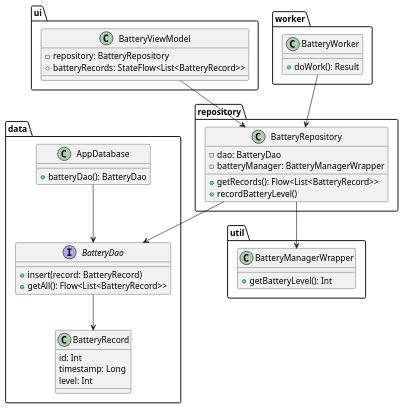
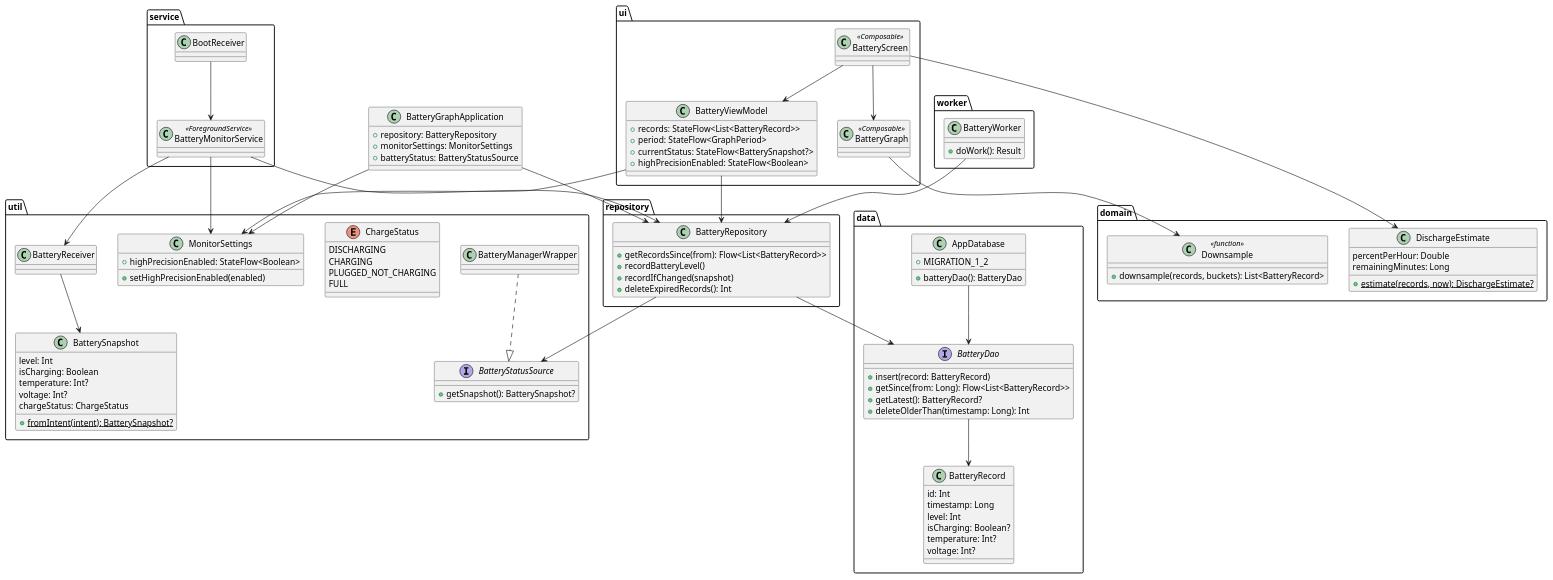
One commit to kmr-gks/Battery-Graph changed the diagram in docs/class.puml. Above: the diagram before and after it, drawn with PlantUML. The commit also changed 2 other files, not shown here.

```diff
--- a/docs/class.puml
+++ b/docs/class.puml
@@ -1,55 +1,120 @@
 @startuml
 
 package data {
   class BatteryRecord {
     id: Int
     timestamp: Long
     level: Int
+    isCharging: Boolean?
+    temperature: Int?
+    voltage: Int?
   }
 
   interface BatteryDao {
     + insert(record: BatteryRecord)
-    + getAll(): Flow<List<BatteryRecord>>
+    + getSince(from: Long): Flow<List<BatteryRecord>>
+    + getLatest(): BatteryRecord?
+    + deleteOlderThan(timestamp: Long): Int
   }
 
   class AppDatabase {
     + batteryDao(): BatteryDao
+    + MIGRATION_1_2
   }
 }
 
 package util {
-  class BatteryManagerWrapper {
-    + getBatteryLevel(): Int
+  interface BatteryStatusSource {
+    + getSnapshot(): BatterySnapshot?
+  }
+  class BatteryManagerWrapper
+  class BatterySnapshot {
+    level: Int
+    isCharging: Boolean
+    temperature: Int?
+    voltage: Int?
+    chargeStatus: ChargeStatus
+    + {static} fromIntent(intent): BatterySnapshot?
+  }
+  enum ChargeStatus {
+    DISCHARGING
+    CHARGING
+    PLUGGED_NOT_CHARGING
+    FULL
+  }
+  class BatteryReceiver
+  class MonitorSettings {
+    + highPrecisionEnabled: StateFlow<Boolean>
+    + setHighPrecisionEnabled(enabled)
   }
 }
 
 package repository {
   class BatteryRepository {
-    - dao: BatteryDao
-    - batteryManager: BatteryManagerWrapper
-    + getRecords(): Flow<List<BatteryRecord>>
+    + getRecordsSince(from): Flow<List<BatteryRecord>>
     + recordBatteryLevel()
+    + recordIfChanged(snapshot)
+    + deleteExpiredRecords(): Int
+  }
+}
+
+package domain {
+  class DischargeEstimate {
+    percentPerHour: Double
+    remainingMinutes: Long
+    + {static} estimate(records, now): DischargeEstimate?
+  }
+  class Downsample <<function>> {
+    + downsample(records, buckets): List<BatteryRecord>
   }
 }
 
 package ui {
   class BatteryViewModel {
-    - repository: BatteryRepository
-    + batteryRecords: StateFlow<List<BatteryRecord>>
+    + records: StateFlow<List<BatteryRecord>>
+    + period: StateFlow<GraphPeriod>
+    + currentStatus: StateFlow<BatterySnapshot?>
+    + highPrecisionEnabled: StateFlow<Boolean>
   }
+  class BatteryScreen <<Composable>>
+  class BatteryGraph <<Composable>>
+}
+
+package service {
+  class BatteryMonitorService <<ForegroundService>>
+  class BootReceiver
 }
 
 package worker {
   class BatteryWorker {
     + doWork(): Result
   }
 }
 
+class BatteryGraphApplication {
+  + repository: BatteryRepository
+  + monitorSettings: MonitorSettings
+  + batteryStatus: BatteryStatusSource
+}
+
 BatteryDao --> BatteryRecord
 AppDatabase --> BatteryDao
+BatteryManagerWrapper ..|> BatteryStatusSource
 BatteryRepository --> BatteryDao
-BatteryRepository --> BatteryManagerWrapper
+BatteryRepository --> BatteryStatusSource
+BatteryReceiver --> BatterySnapshot
 BatteryViewModel --> BatteryRepository
+BatteryViewModel --> MonitorSettings
+BatteryScreen --> BatteryViewModel
+BatteryScreen --> BatteryGraph
+BatteryScreen --> DischargeEstimate
+BatteryGraph --> Downsample
+BatteryMonitorService --> BatteryRepository
+BatteryMonitorService --> BatteryReceiver
+BatteryMonitorService --> MonitorSettings
+BootReceiver --> BatteryMonitorService
 BatteryWorker --> BatteryRepository
+BatteryGraphApplication --> BatteryRepository
+BatteryGraphApplication --> MonitorSettings
 
 @enduml
```
